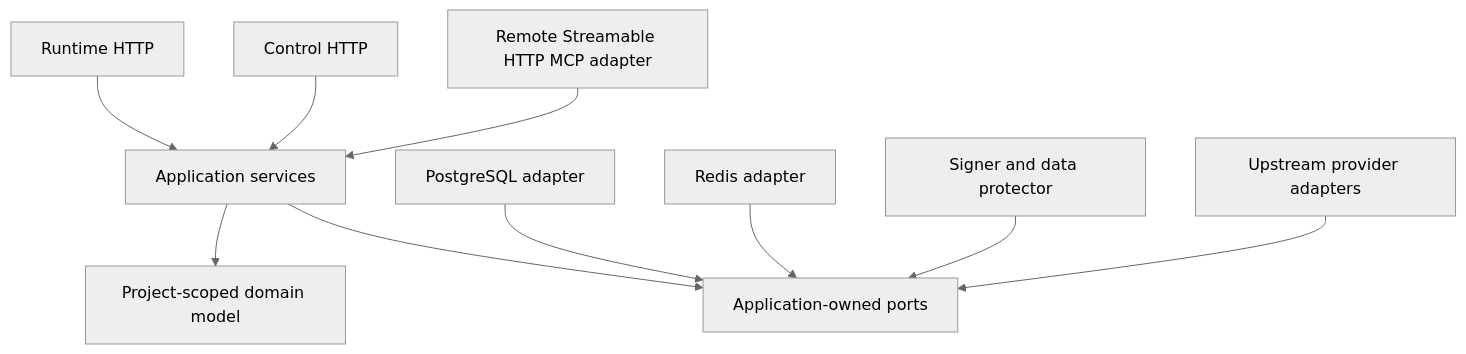
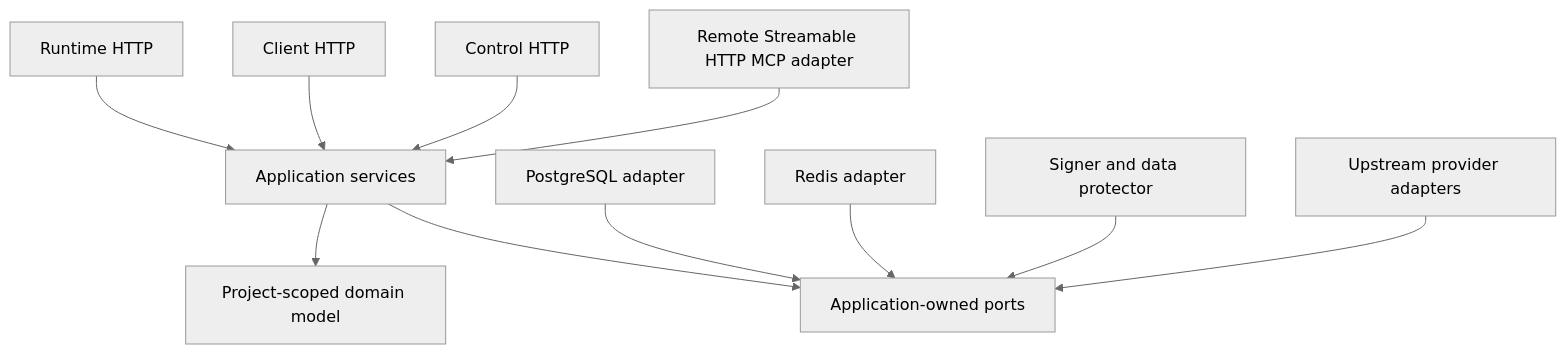
One commit to owlfoundry/owlauth changed the third of 3 diagrams in docs/guide/architecture.md. Above: the diagram before and after it, drawn with Mermaid (neutral theme). The commit also changed other lines of this file and 320 other files, not shown here.

````diff
--- a/docs/guide/architecture.md
+++ b/docs/guide/architecture.md
@@ -133,12 +140,13 @@
 ```mermaid
 flowchart TB
     RuntimeHTTP[Runtime HTTP] --> App[Application services]
+    ClientHTTP[Client HTTP] --> App
     ControlHTTP[Control HTTP] --> App
     MCP[Remote Streamable HTTP MCP adapter] --> App
     App --> Domain[Project-scoped domain model]
     App --> Ports[Application-owned ports]
     PostgreSQL[PostgreSQL adapter] --> Ports
     Cache[Redis adapter] --> Ports
     Signer[Signer and data protector] --> Ports
     Providers[Upstream provider adapters] --> Ports
 ```
````
